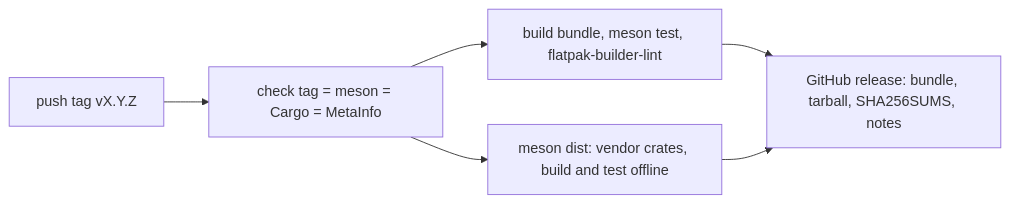
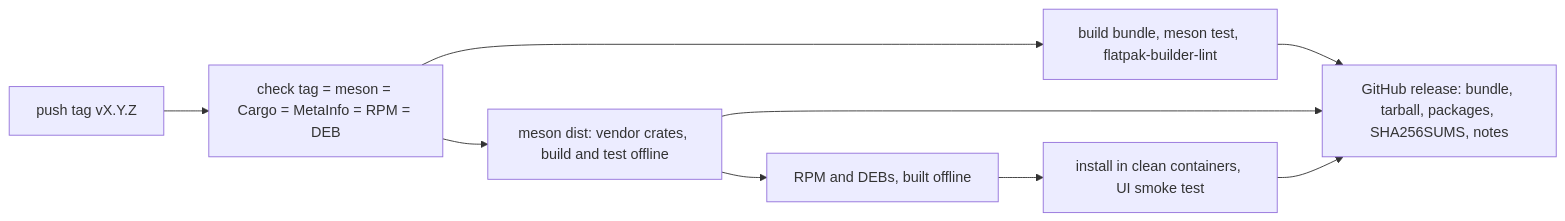
Before and after one commit to Tim-van-Oudheusden/pindu-launcher: the diagram in docs/releasing.md, drawn with Mermaid. The commit also changed other lines of this file and 15 other files, not shown here.

First line of the commit message:
feat(packaging): build an RPM for Fedora 45 and DEBs for Debian testing and Ubuntu 26.10 (#235, #236)

````diff
--- a/docs/releasing.md
+++ b/docs/releasing.md
@@ -7,8 +8,11 @@
 ```mermaid
 flowchart LR
-  tag[push tag vX.Y.Z] --> version[check tag = meson = Cargo = MetaInfo]
+  tag[push tag vX.Y.Z] --> version[check tag = meson = Cargo = MetaInfo = RPM = DEB]
   version --> flatpak[build bundle, meson test, flatpak-builder-lint]
   version --> sources[meson dist: vendor crates, build and test offline]
-  flatpak --> publish[GitHub release: bundle, tarball, SHA256SUMS, notes]
+  sources --> packages[RPM and DEBs, built offline]
+  packages --> smoke[install in clean containers, UI smoke test]
+  flatpak --> publish[GitHub release: bundle, tarball, packages, SHA256SUMS, notes]
   sources --> publish
+  smoke --> publish
 ```
````
